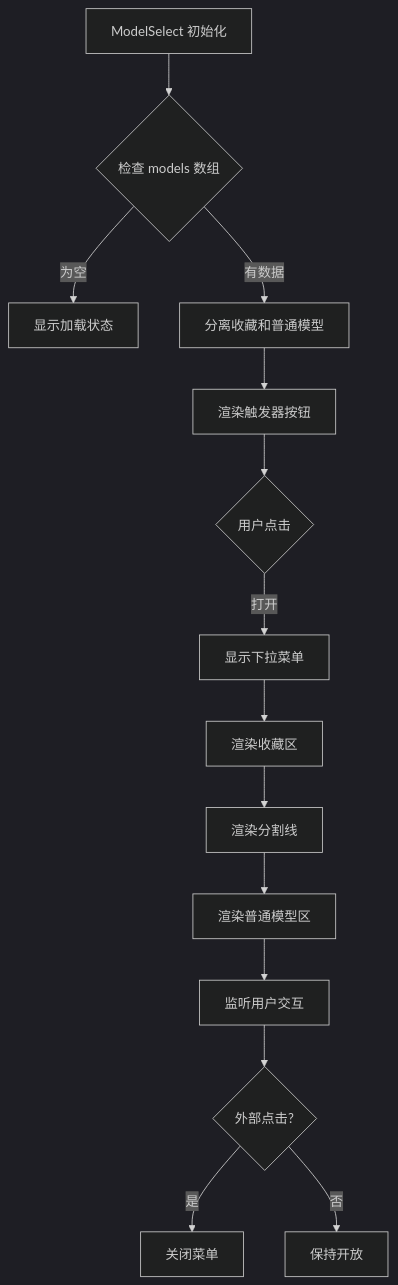
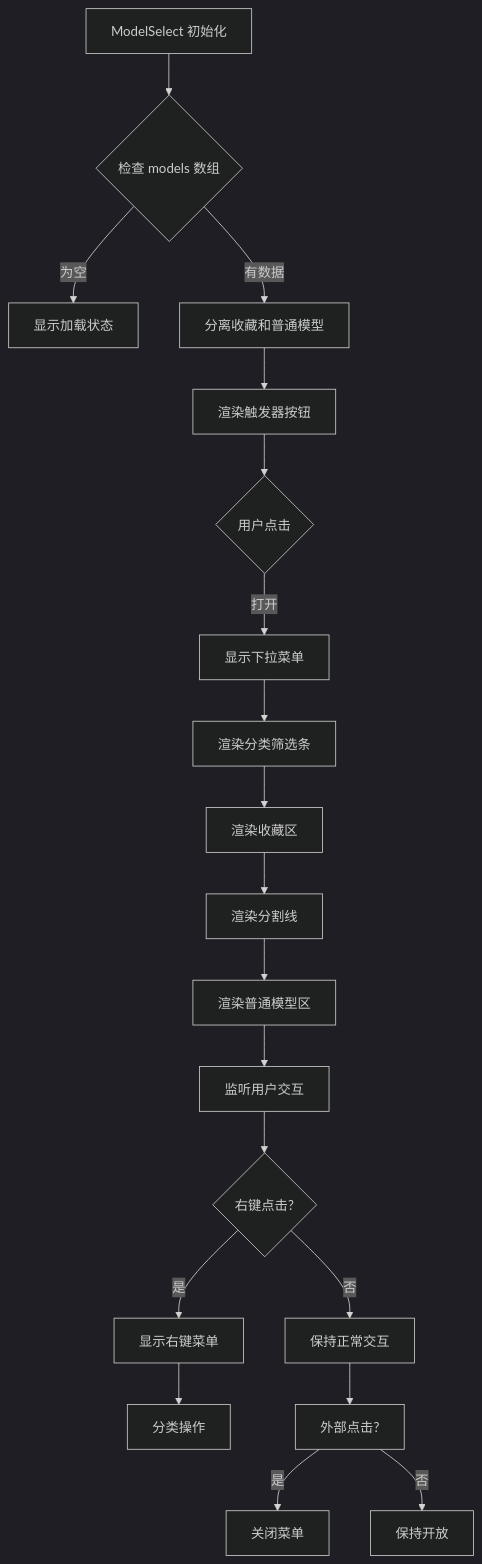
One commit to billye220670/CorineKit_Pix2Real changed the fourth of 9 diagrams in .qoder/repowiki/zh/content/用户界面组件/控制面板组件/ZIT快出侧边栏.md. Above: the diagram before and after it, drawn with Mermaid (dark theme). The commit also changed other lines of this file and 11 other files, not shown here.

````diff
--- a/.qoder/repowiki/zh/content/用户界面组件/控制面板组件/ZIT快出侧边栏.md
+++ b/.qoder/repowiki/zh/content/用户界面组件/控制面板组件/ZIT快出侧边栏.md
@@ -232,16 +254,21 @@
 ```mermaid
 flowchart TD
 A[ModelSelect 初始化] --> B{检查 models 数组}
 B --> |为空| C[显示加载状态]
 B --> |有数据| D[分离收藏和普通模型]
 D --> E[渲染触发器按钮]
 E --> F{用户点击}
 F --> |打开| G[显示下拉菜单]
-G --> H[渲染收藏区]
-H --> I[渲染分割线]
-I --> J[渲染普通模型区]
-J --> K[监听用户交互]
-K --> L{外部点击?}
-L --> |是| M[关闭菜单]
-L --> |否| N[保持开放]
+G --> H[渲染分类筛选条]
+H --> I[渲染收藏区]
+I --> J[渲染分割线]
+J --> K[渲染普通模型区]
+K --> L[监听用户交互]
+L --> M{右键点击?}
+M --> |是| N[显示右键菜单]
+M --> |否| O[保持正常交互]
+N --> P[分类操作]
+O --> Q[外部点击?]
+Q --> |是| R[关闭菜单]
+Q --> |否| S[保持开放]
 ```
````
